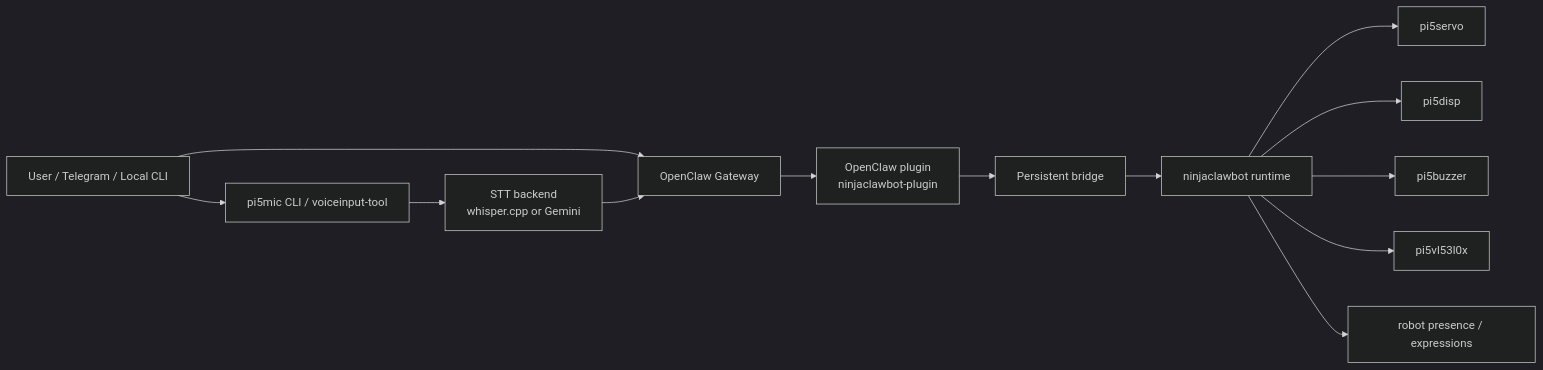
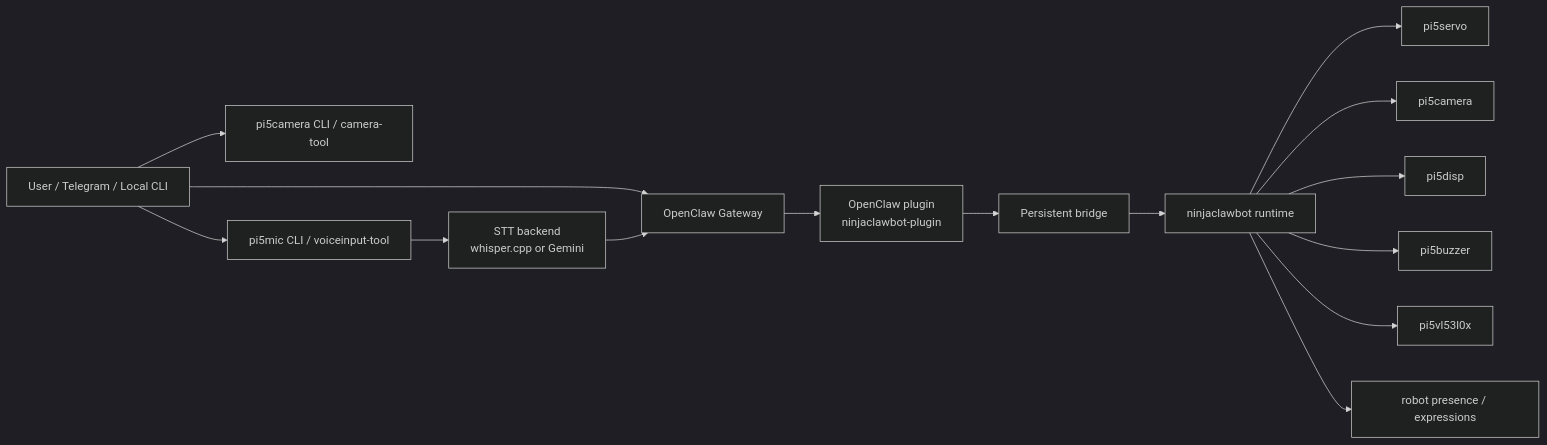
The diagram in DevelopmentGuide.md (Nilcreator/NinjaClawBot), drawn with Mermaid (dark theme) before and after one commit. The commit also changed other lines of this file and 55 other files, not shown here.

````diff
--- a/DevelopmentGuide.md
+++ b/DevelopmentGuide.md
@@ -79,15 +79,17 @@
 ```mermaid
 flowchart LR
     USER["User / Telegram / Local CLI"] --> OC["OpenClaw Gateway"]
+    USER --> CAMCLI["pi5camera CLI / camera-tool"]
     USER --> MIC["pi5mic CLI / voiceinput-tool"]
     MIC --> STT["STT backend<br/>whisper.cpp or Gemini"]
     STT --> OC
     OC --> PLUGIN["OpenClaw plugin<br/>ninjaclawbot-plugin"]
     PLUGIN --> BRIDGE["Persistent bridge"]
     BRIDGE --> CORE["ninjaclawbot runtime"]
     CORE --> SERVO["pi5servo"]
+    CORE --> CAMERA["pi5camera"]
     CORE --> DISP["pi5disp"]
     CORE --> BUZZER["pi5buzzer"]
     CORE --> SENSOR["pi5vl53l0x"]
     CORE --> PRES["robot presence / expressions"]
 ```
````
